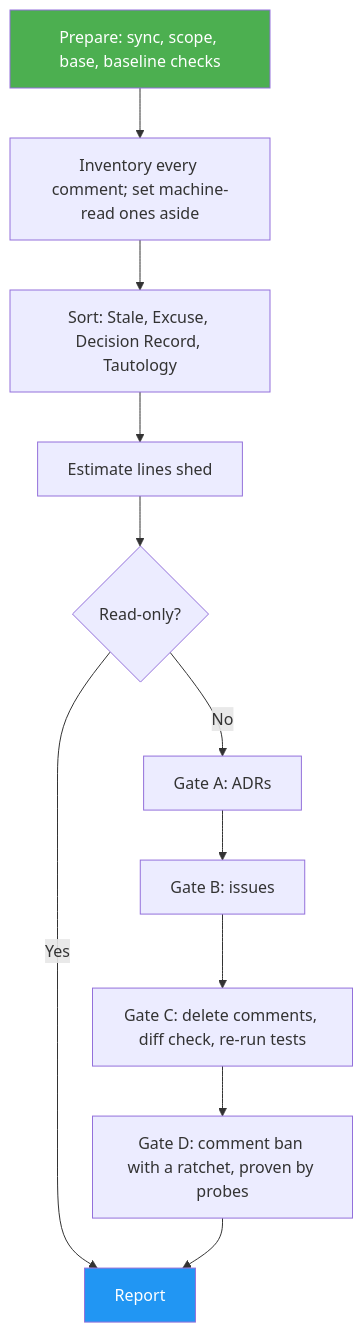
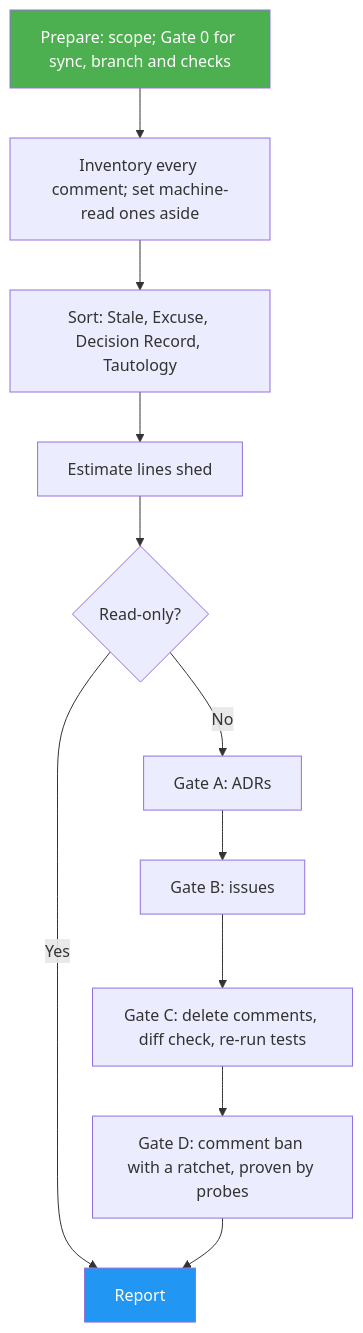
Before and after one commit to luongnv89/skills: the diagram in meta/comment-audit/docs/README.md, drawn with Mermaid. The commit also changed other lines of this file and 17 other files, not shown here.

````diff
--- a/meta/comment-audit/docs/README.md
+++ b/meta/comment-audit/docs/README.md
@@ -70,15 +70,15 @@
 ```mermaid
 graph TD
-    A["Prepare: sync, scope, base, baseline checks"] --> B["Inventory every comment; set machine-read ones aside"]
+    A["Prepare: scope; Gate 0 for sync, branch and checks"] --> B["Inventory every comment; set machine-read ones aside"]
     B --> C["Sort: Stale, Excuse, Decision Record, Tautology"]
     C --> D["Estimate lines shed"]
     D --> E{"Read-only?"}
     E -->|Yes| J["Report"]
     E -->|No| F["Gate A: ADRs"]
     F --> G["Gate B: issues"]
     G --> H["Gate C: delete comments, diff check, re-run tests"]
     H --> I["Gate D: comment ban with a ratchet, proven by probes"]
     I --> J
     style A fill:#4CAF50,color:#fff
     style J fill:#2196F3,color:#fff
 ```
````
